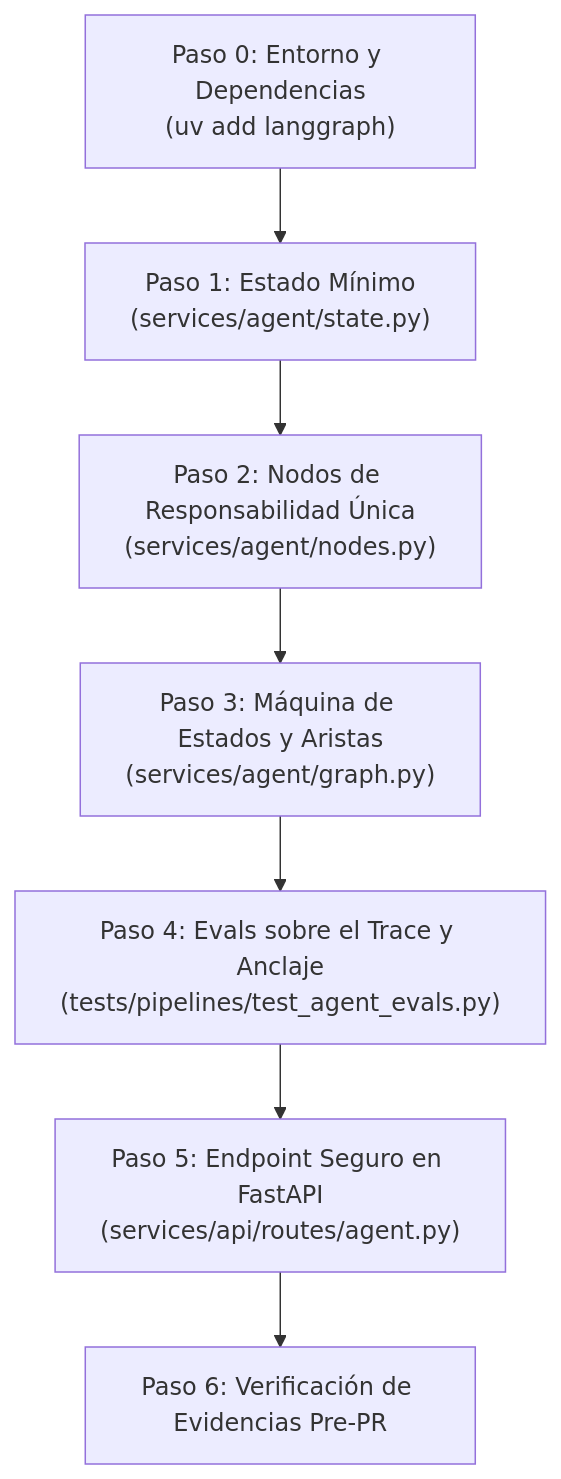
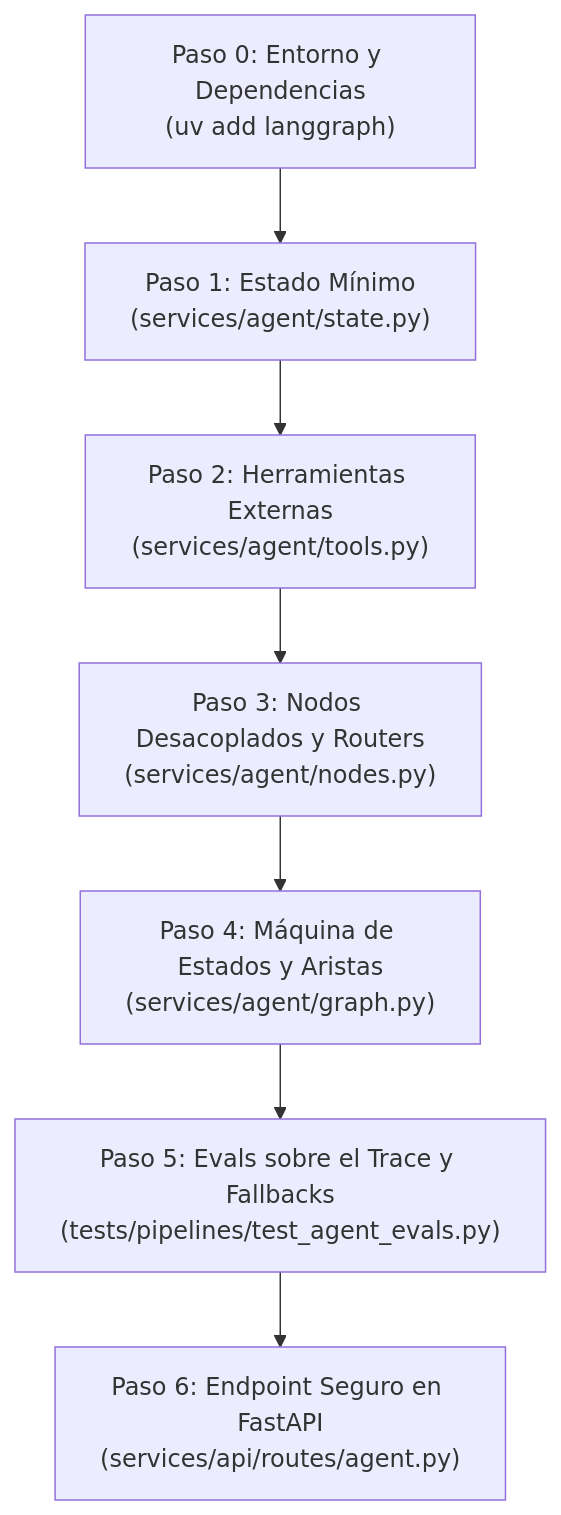
Before and after one commit to KIWIONER/ai-engineering-company-project-monorepo-matiasidiartviera: the first of 2 diagrams in skills/langgraph-agent-orchestrator/SKILL.md, drawn with Mermaid. The commit also changed other lines of this file and 52 other files, not shown here.

````diff
--- a/skills/langgraph-agent-orchestrator/SKILL.md
+++ b/skills/langgraph-agent-orchestrator/SKILL.md
@@ -52,9 +71,9 @@
 ```mermaid
 flowchart TD
     P0["Paso 0: Entorno y Dependencias\n(uv add langgraph)"] --> P1["Paso 1: Estado Mínimo\n(services/agent/state.py)"]
-    P1 --> P2["Paso 2: Nodos de Responsabilidad Única\n(services/agent/nodes.py)"]
-    P2 --> P3["Paso 3: Máquina de Estados y Aristas\n(services/agent/graph.py)"]
-    P3 --> P4["Paso 4: Evals sobre el Trace y Anclaje\n(tests/pipelines/test_agent_evals.py)"]
-    P4 --> P5["Paso 5: Endpoint Seguro en FastAPI\n(services/api/routes/agent.py)"]
-    P5 --> P6["Paso 6: Verificación de Evidencias Pre-PR"]
+    P1 --> P2["Paso 2: Herramientas Externas\n(services/agent/tools.py)"]
+    P2 --> P3["Paso 3: Nodos Desacoplados y Routers\n(services/agent/nodes.py)"]
+    P3 --> P4["Paso 4: Máquina de Estados y Aristas\n(services/agent/graph.py)"]
+    P4 --> P5["Paso 5: Evals sobre el Trace y Fallbacks\n(tests/pipelines/test_agent_evals.py)"]
+    P5 --> P6["Paso 6: Endpoint Seguro en FastAPI\n(services/api/routes/agent.py)"]
 ```
````
